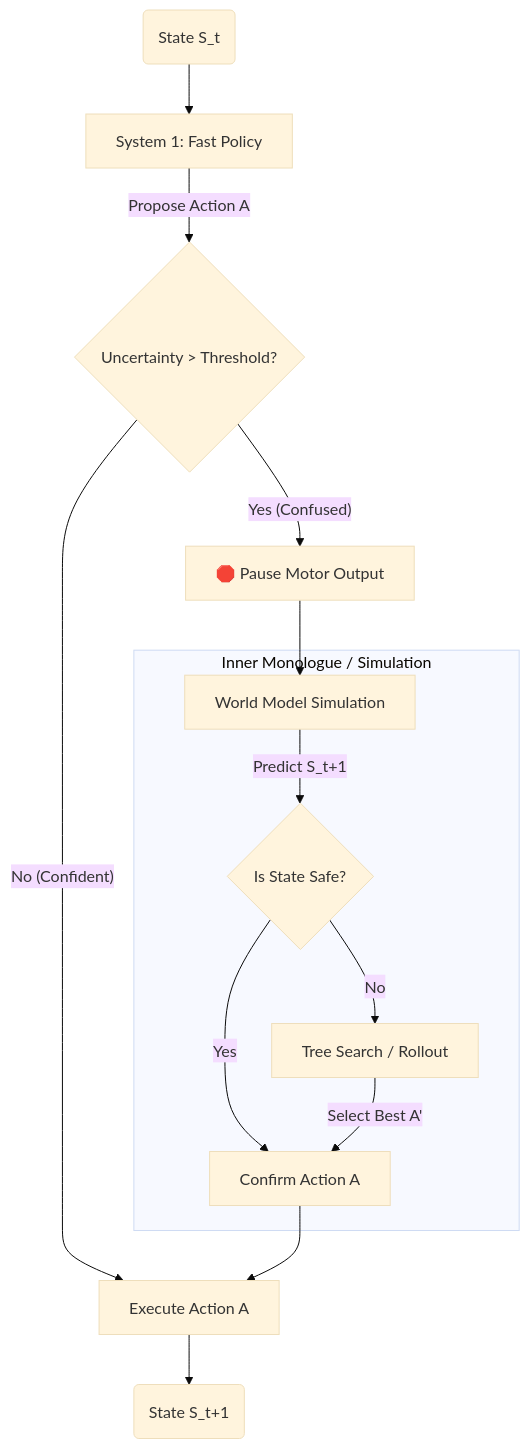
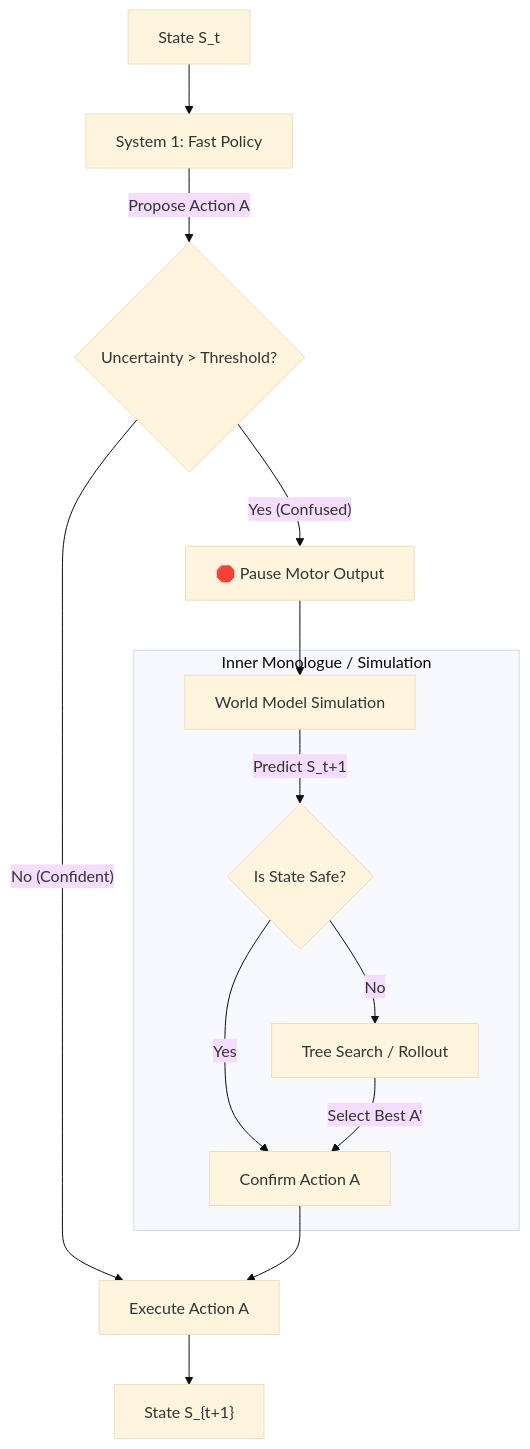
One commit to JOJI-25/Thinking_AI changed the second of 2 diagrams in README.md. Above: the diagram before and after it, drawn with Mermaid (base theme). The commit also changed other lines of this file, not shown here.

Commit message:
Fix formatting and improve clarity in README.md

````diff
--- a/README.md
+++ b/README.md
@@ -58,22 +57,22 @@
 ```mermaid
 flowchart TD
-    Start(State S_t) --> FastNet[System 1: Fast Policy]
+    Start["State S_t"] --> FastNet[System 1: Fast Policy]
     FastNet -->|Propose Action A| Check{Uncertainty > Threshold?}
     
     %% Path 1: Reflexive Action
-    Check -- No (Confident) --> Execute[Execute Action A]
+    Check -- "No (Confident)" --> Execute[Execute Action A]
     
     %% Path 2: Deliberative Action
-    Check -- Yes (Confused) --> Pause[🛑 Pause Motor Output]
+    Check -- "Yes (Confused)" --> Pause["🛑 Pause Motor Output"]
     Pause --> Sim[World Model Simulation]
     
     subgraph "Inner Monologue / Simulation"
     Sim -->|Predict S_t+1| Value{Is State Safe?}
-    Value -- Yes --> Confirm[Confirm Action A]
-    Value -- No --> Rollout[Tree Search / Rollout]
+    Value -- "Yes" --> Confirm[Confirm Action A]
+    Value -- "No" --> Rollout[Tree Search / Rollout]
     Rollout -->|Select Best A'| Confirm
     end
     
     Confirm --> Execute
-    Execute --> Next(State S_t+1)
+    Execute --> Next["State S_{t+1}"]
 ```
````
